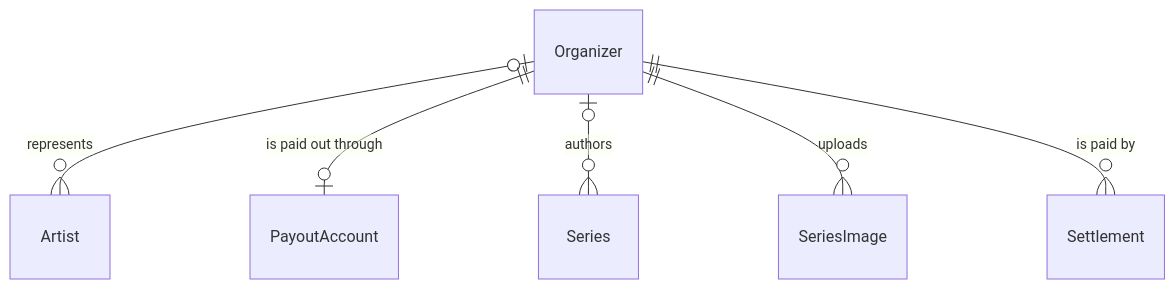
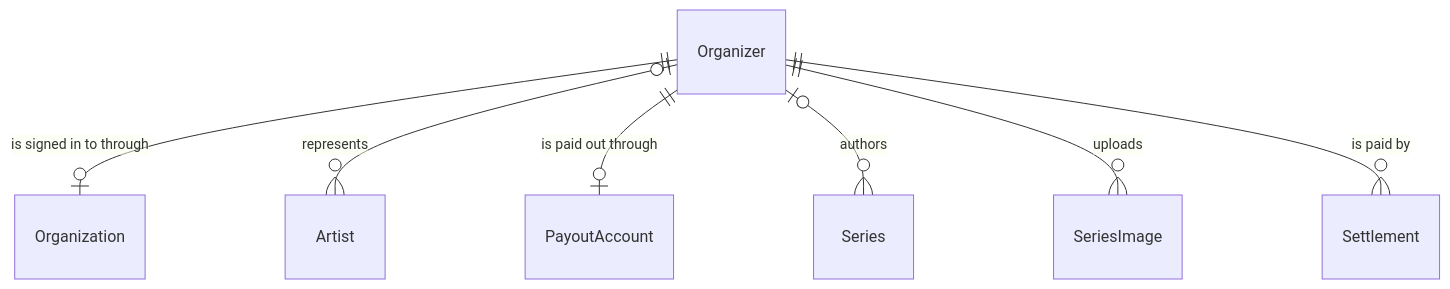
One commit to liverty-music/specification changed the first of 2 diagrams in openspec/specs/components/entity/organizer/spec.md. Above: the diagram before and after it, drawn with Mermaid. The commit also changed other lines of this file and 24 other files, not shown here.

````diff
--- a/openspec/specs/components/entity/organizer/spec.md
+++ b/openspec/specs/components/entity/organizer/spec.md
@@ -21,8 +22,9 @@
 ```mermaid
 erDiagram
+  Organizer ||--o| Organization : "is signed in to through"
   Organizer |o--o{ Artist : "represents"
   Organizer ||--o| PayoutAccount : "is paid out through"
   Organizer |o--o{ Series : "authors"
   Organizer ||--o{ SeriesImage : "uploads"
   Organizer ||--o{ Settlement : "is paid by"
 ```
````
